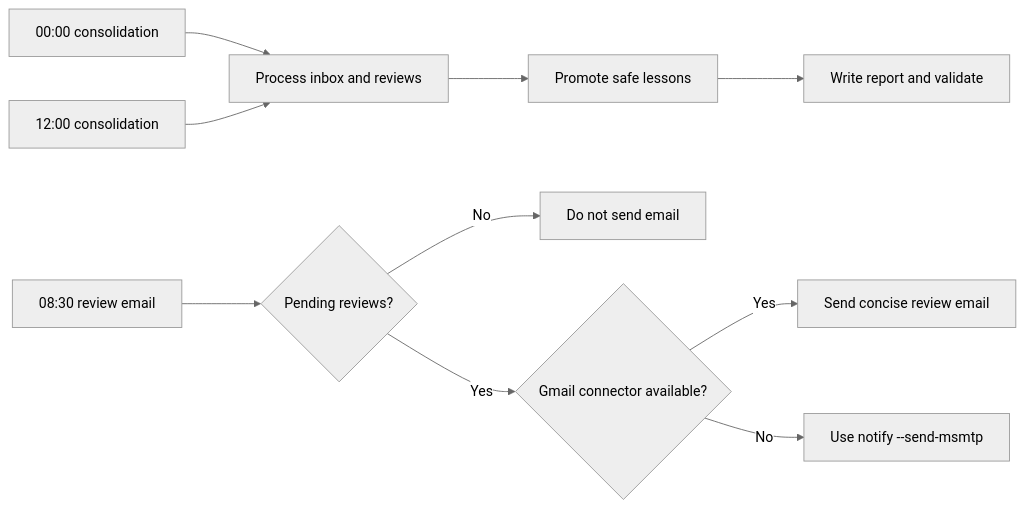
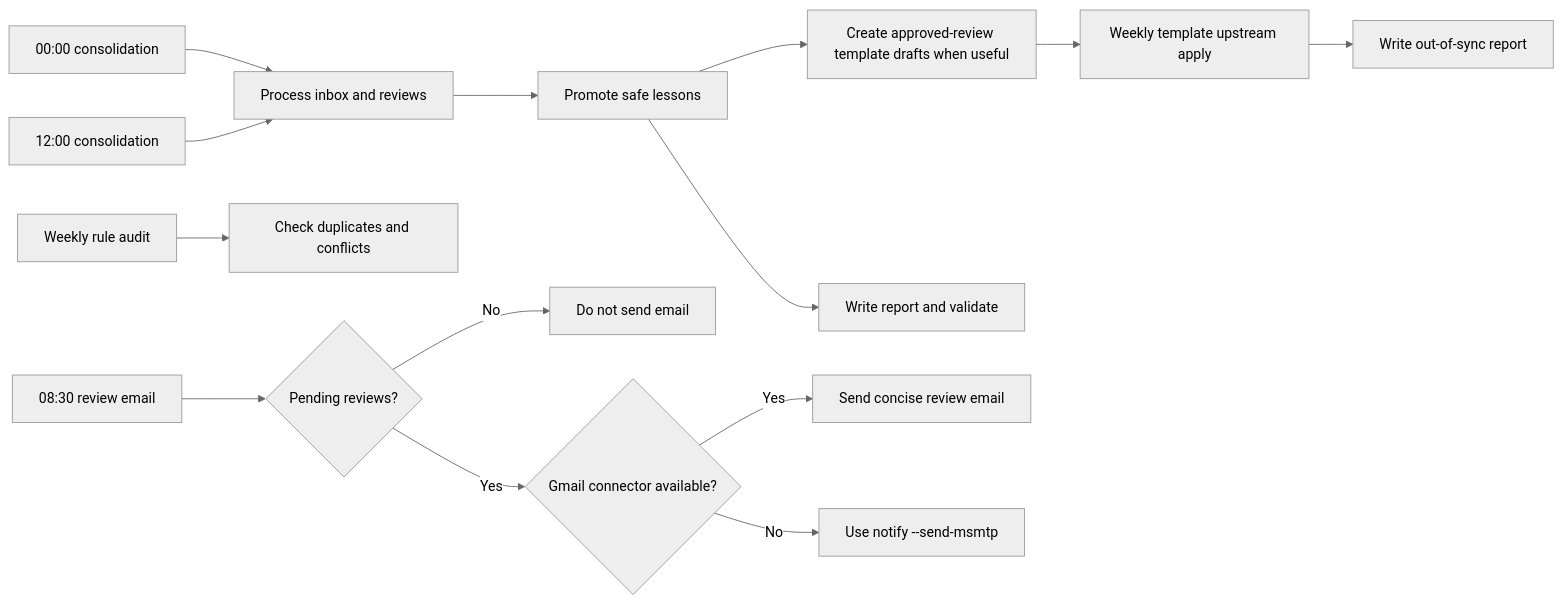
Before and after one commit to marcomc/agent-learning-system: the sixth of 6 diagrams in README.md, drawn with Mermaid (neutral theme). The commit also changed other lines of this file and 16 other files, not shown here.

````diff
--- a/README.md
+++ b/README.md
@@ -301,14 +422,18 @@
 ```mermaid
 flowchart LR
   accTitle: Scheduled automation flow
   accDescr: Shows consolidation and review email automation paths.
   midnight["00:00 consolidation"] --> consolidate["Process inbox and reviews"]
   noon["12:00 consolidation"] --> consolidate
   consolidate --> promote["Promote safe lessons"]
+  promote --> draft["Create approved-review template drafts when useful"]
   promote --> report["Write report and validate"]
+  weekly["Weekly rule audit"] --> audit["Check duplicates and conflicts"]
+  draft --> template["Weekly template upstream apply"]
+  template --> refresh["Write out-of-sync report"]
   morning["08:30 review email"] --> pending{"Pending reviews?"}
   pending -->|No| quiet["Do not send email"]
   pending -->|Yes| gmail{"Gmail connector available?"}
   gmail -->|Yes| send_gmail["Send concise review email"]
   gmail -->|No| send_msmtp["Use notify --send-msmtp"]
 ```
````
